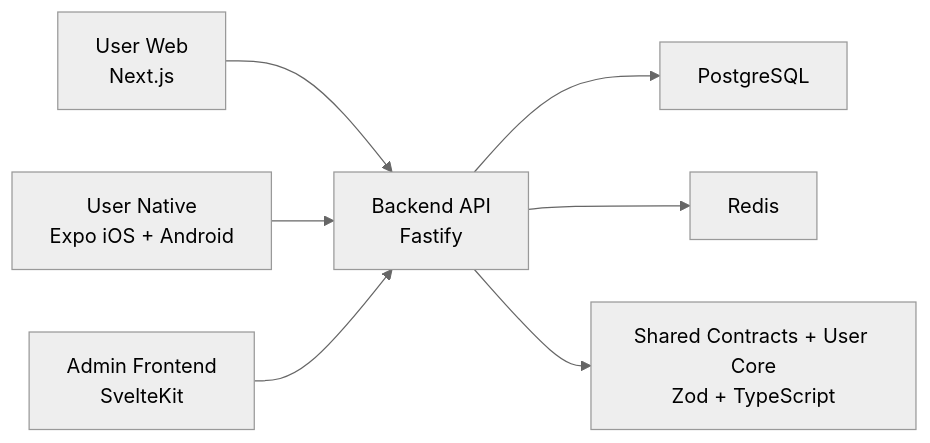
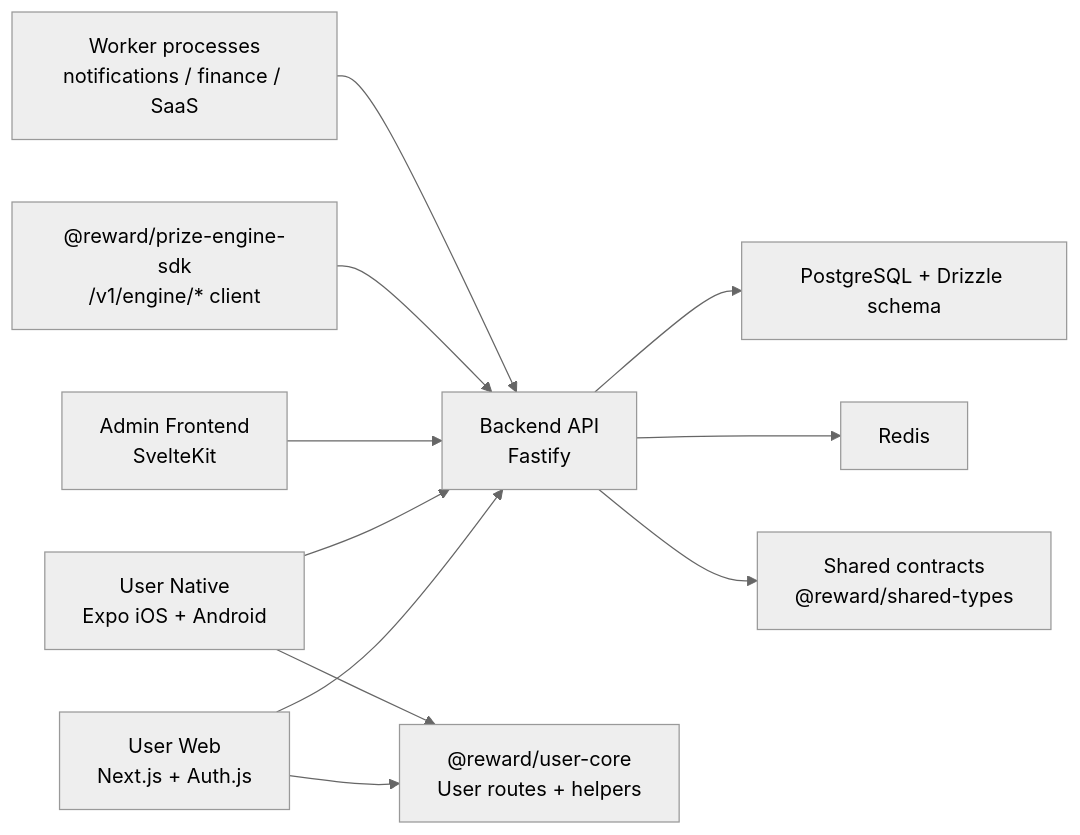
The diagram in README.md (bzha0038au-ops/probabilistic-reward-distribution-system), drawn with Mermaid (neutral theme) before and after one commit. The commit also changed other lines of this file, not shown here.

Commit message:
docs: refresh root readme for current architecture

````diff
--- a/README.md
+++ b/README.md
@@ -202,9 +227,13 @@
 ```mermaid
 flowchart LR
-    A["User Web<br/>Next.js"] --> C["Backend API<br/>Fastify"]
+    A["User Web<br/>Next.js + Auth.js"] --> C["Backend API<br/>Fastify"]
     B["User Native<br/>Expo iOS + Android"] --> C
     G["Admin Frontend<br/>SvelteKit"] --> C
-    C --> D["PostgreSQL"]
+    A --> F["@reward/user-core<br/>User routes + helpers"]
+    B --> F
+    H["@reward/prize-engine-sdk<br/>/v1/engine/* client"] --> C
+    C --> D["PostgreSQL + Drizzle schema"]
     C --> E["Redis"]
-    C --> F["Shared Contracts + User Core<br/>Zod + TypeScript"]
+    I["Worker processes<br/>notifications / finance / SaaS"] --> C
+    C --> J["Shared contracts<br/>@reward/shared-types"]
 ```
````
